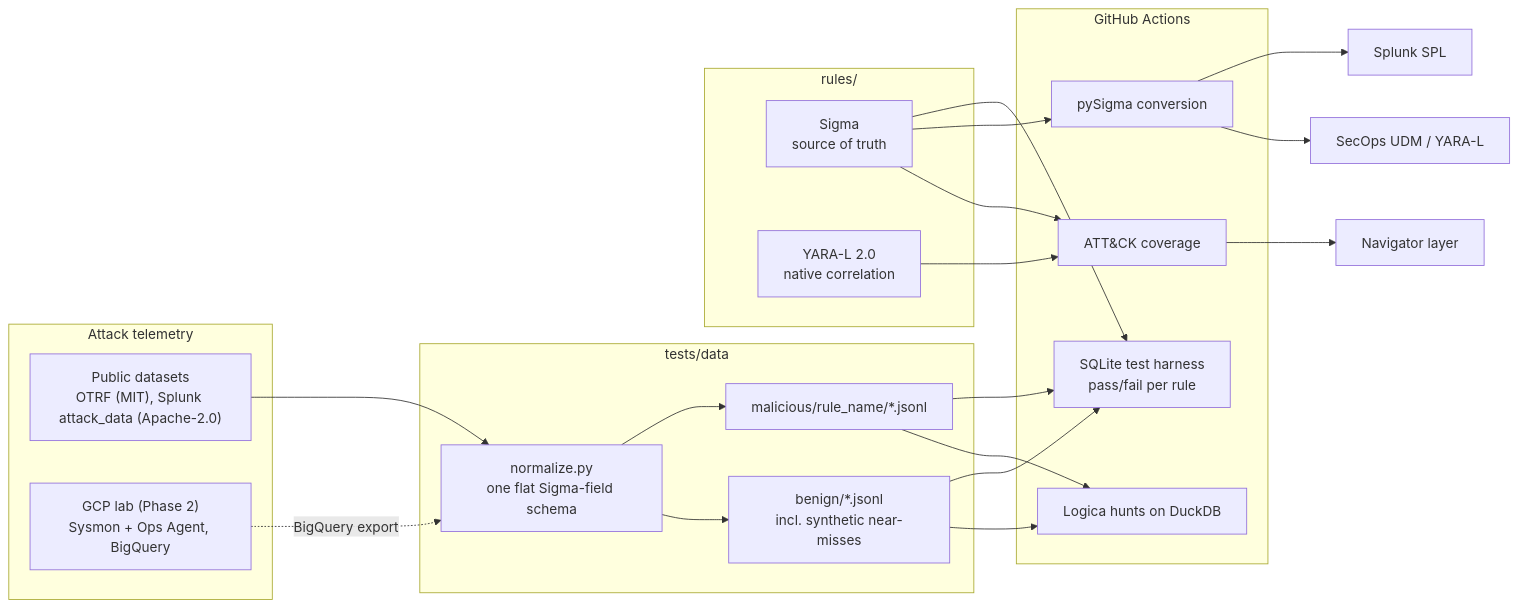
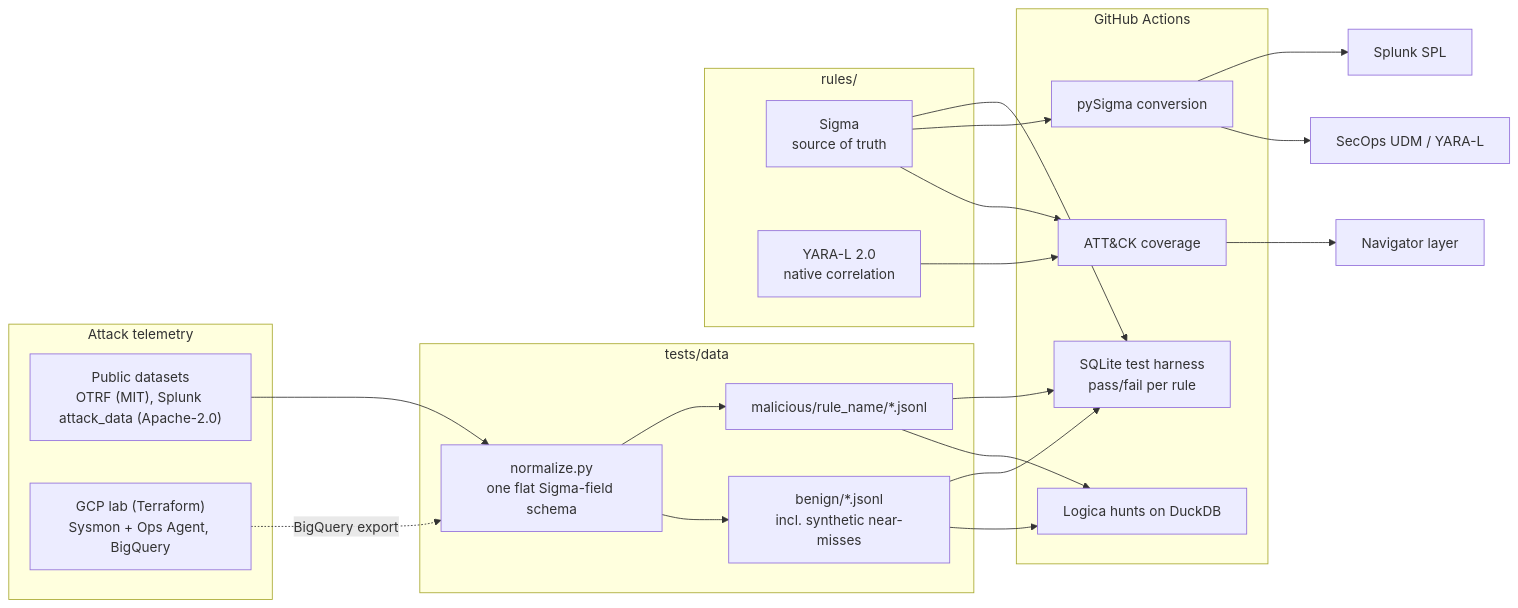
Before and after one commit to aryandhuru49/Purple-Loop: the first of 2 diagrams in README.md, drawn with Mermaid. The commit also changed other lines of this file and 3 other files, not shown here.

First line of the commit message:
Document the GCP lab: runbook, design decisions, README

````diff
--- a/README.md
+++ b/README.md
@@ -33,34 +33,34 @@
 ```mermaid
 flowchart LR
     subgraph Sources["Attack telemetry"]
         P["Public datasets<br/>OTRF (MIT), Splunk attack_data (Apache-2.0)"]
-        L["GCP lab (Phase 2)<br/>Sysmon + Ops Agent, BigQuery"]
+        L["GCP lab (Terraform)<br/>Sysmon + Ops Agent, BigQuery"]
     end
 
     subgraph Data["tests/data"]
         N["normalize.py<br/>one flat Sigma-field schema"]
         M["malicious/rule_name/*.jsonl"]
         B["benign/*.jsonl<br/>incl. synthetic near-misses"]
     end
 
     subgraph Rules["rules/"]
         S["Sigma<br/>source of truth"]
         Y["YARA-L 2.0<br/>native correlation"]
     end
 
     subgraph CI["GitHub Actions"]
         T["SQLite test harness<br/>pass/fail per rule"]
         C["pySigma conversion"]
         H["Logica hunts on DuckDB"]
         V["ATT&CK coverage"]
     end
 
     P --> N
     L -. BigQuery export .-> N
     N --> M & B
     S --> T
     M & B --> T
     S --> C --> SPL["Splunk SPL"] & UDM["SecOps UDM / YARA-L"]
     M & B --> H
     S & Y --> V --> NAV["Navigator layer"]
 ```
````
